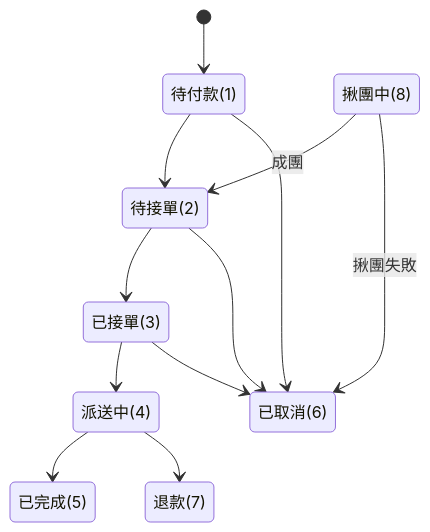
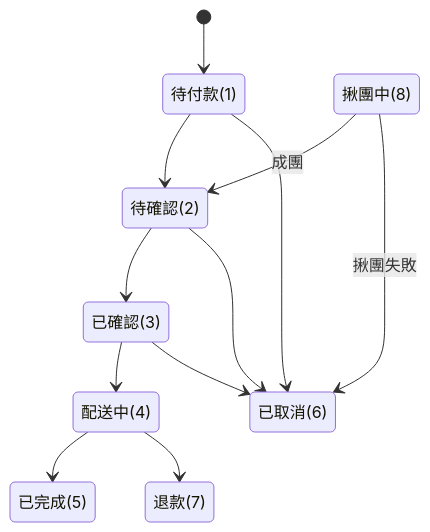
Before and after one commit to kevinlin000/local-fresh-platform: the ninth of 10 diagrams in docs/architecture.md, drawn with Mermaid. The commit also changed other lines of this file and 152 other files, not shown here.

````diff
--- a/docs/architecture.md
+++ b/docs/architecture.md
@@ -592,25 +592,25 @@
 ```mermaid
 stateDiagram-v2
     [*] --> 待付款
-    待付款 --> 待接單
-    待接單 --> 已接單
-    已接單 --> 派送中
-    派送中 --> 已完成
+    待付款 --> 待確認
+    待確認 --> 已確認
+    已確認 --> 配送中
+    配送中 --> 已完成
 
     待付款 --> 已取消
-    待接單 --> 已取消
-    已接單 --> 已取消
-    派送中 --> 退款
+    待確認 --> 已取消
+    已確認 --> 已取消
+    配送中 --> 退款
 
-    揪團中 --> 待接單: 成團
+    揪團中 --> 待確認: 成團
     揪團中 --> 已取消: 揪團失敗
 
     state "待付款(1)" as 待付款
-    state "待接單(2)" as 待接單
-    state "已接單(3)" as 已接單
-    state "派送中(4)" as 派送中
+    state "待確認(2)" as 待確認
+    state "已確認(3)" as 已確認
+    state "配送中(4)" as 配送中
     state "已完成(5)" as 已完成
     state "已取消(6)" as 已取消
     state "退款(7)" as 退款
     state "揪團中(8)" as 揪團中
 ```
````
